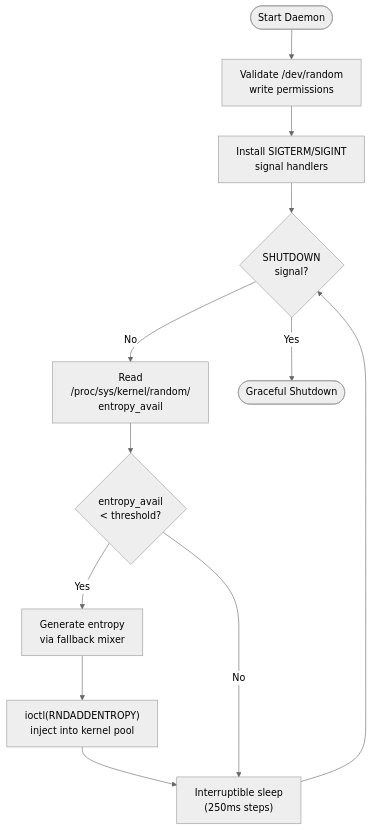
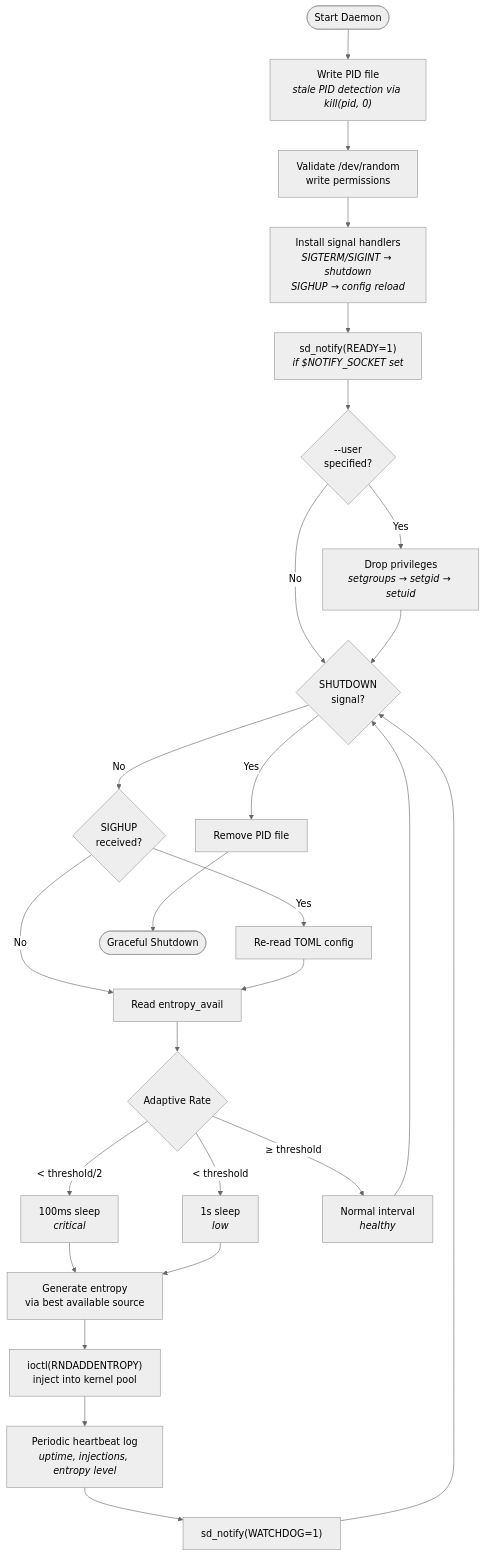
Before and after one commit to sonoransun/entropy-svc: the fifth of 7 diagrams in README.md, drawn with Mermaid (neutral theme). The commit also changed other lines of this file and 19 other files, not shown here.

````diff
--- a/README.md
+++ b/README.md
@@ -110,18 +167,33 @@
 ```mermaid
 flowchart TD
-    Start([Start Daemon]) --> Validate["Validate /dev/random<br/>write permissions"]
-    Validate --> Signals["Install SIGTERM/SIGINT<br/>signal handlers"]
-    Signals --> Loop
+    Start([Start Daemon]) --> PID["Write PID file<br/><i>stale PID detection via kill(pid, 0)</i>"]
+    PID --> Validate["Validate /dev/random<br/>write permissions"]
+    Validate --> Signals["Install signal handlers<br/><i>SIGTERM/SIGINT → shutdown</i><br/><i>SIGHUP → config reload</i>"]
+    Signals --> Notify["sd_notify(READY=1)<br/><i>if $NOTIFY_SOCKET set</i>"]
+    Notify --> PrivDrop{"--user<br/>specified?"}
+    PrivDrop -- Yes --> Drop["Drop privileges<br/><i>setgroups → setgid → setuid</i>"]
+    PrivDrop -- No --> Loop
+    Drop --> Loop
 
     Loop{"SHUTDOWN<br/>signal?"}
-    Loop -- No --> Read["Read<br/>/proc/sys/kernel/random/<br/>entropy_avail"]
-    Read --> Check{"entropy_avail<br/>< threshold?"}
+    Loop -- No --> Reload{"SIGHUP<br/>received?"}
+    Reload -- Yes --> ReloadCfg["Re-read TOML config"]
+    Reload -- No --> Read
+    ReloadCfg --> Read
 
-    Check -- Yes --> Gen["Generate entropy<br/>via fallback mixer"]
-    Gen --> Inject["ioctl(RNDADDENTROPY)<br/>inject into kernel pool"]
-    Inject --> Sleep
-    Check -- No --> Sleep["Interruptible sleep<br/>(250ms steps)"]
-    Sleep --> Loop
+    Read["Read entropy_avail"] --> Rate{"Adaptive Rate"}
 
-    Loop -- Yes --> Shutdown([Graceful Shutdown])
+    Rate -- "< threshold/2" --> Fast["100ms sleep<br/><i>critical</i>"]
+    Rate -- "< threshold" --> Medium["1s sleep<br/><i>low</i>"]
+    Rate -- "≥ threshold" --> Normal["Normal interval<br/><i>healthy</i>"]
+
+    Fast --> Gen
+    Medium --> Gen
+    Gen["Generate entropy<br/>via best available source"] --> Inject["ioctl(RNDADDENTROPY)<br/>inject into kernel pool"]
+    Inject --> Heartbeat["Periodic heartbeat log<br/><i>uptime, injections, entropy level</i>"]
+    Heartbeat --> Watchdog["sd_notify(WATCHDOG=1)"]
+    Watchdog --> Loop
+    Normal --> Loop
+
+    Loop -- Yes --> Cleanup["Remove PID file"] --> Shutdown([Graceful Shutdown])
 ```
````
